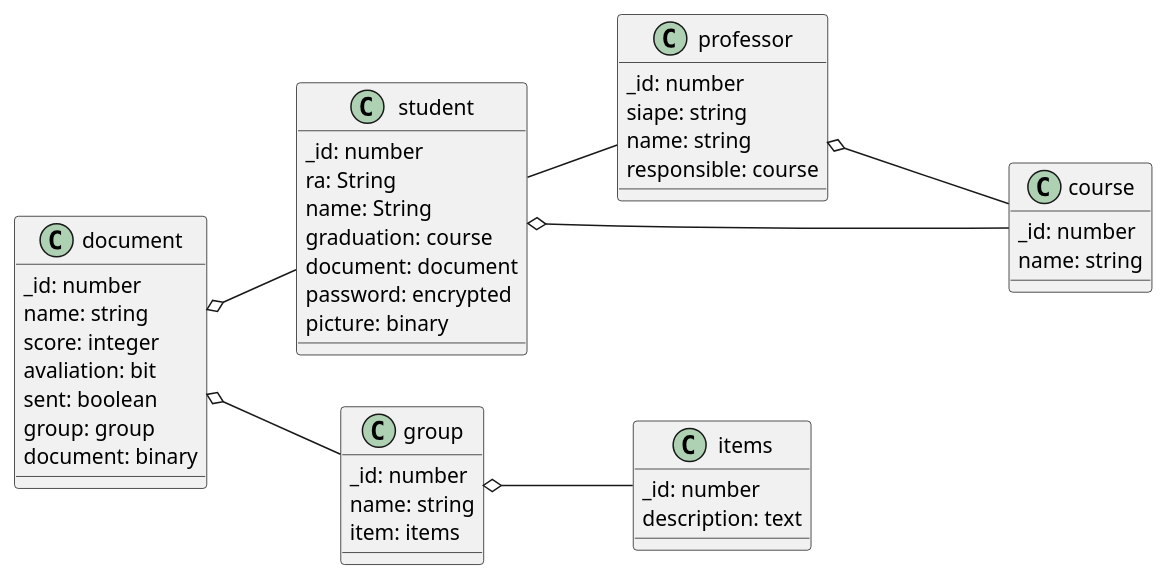
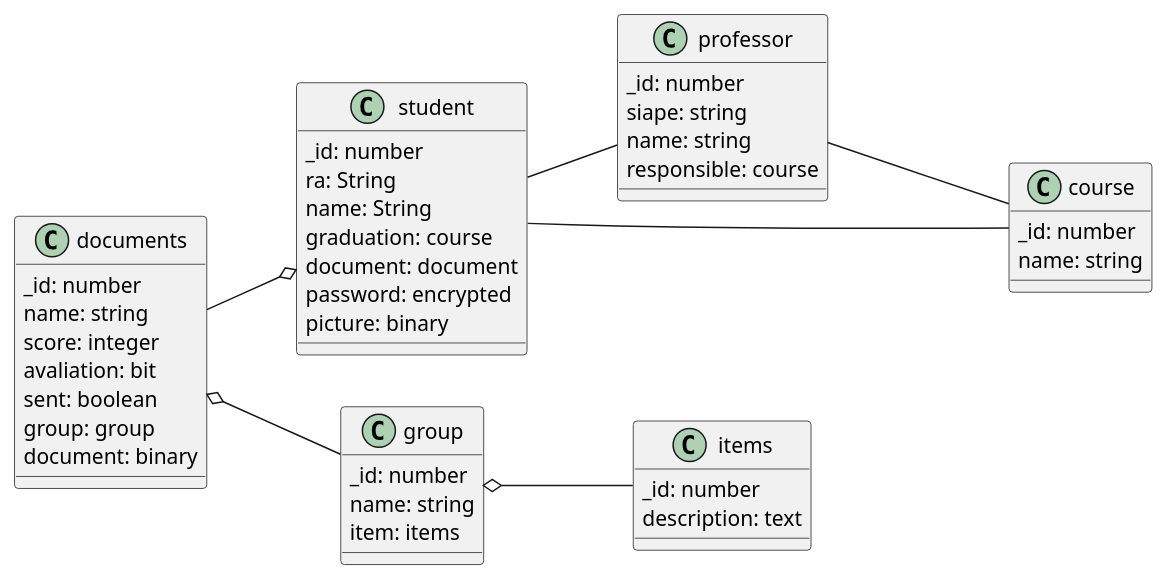
Before and after one commit to rodrigoRolim/CAdiagrams: the diagram in database-modeling/database-modeling.wsd, drawn with PlantUML. The commit also changed 18 other files, not shown here.

Commit message:
new diagrams

```diff
--- a/database-modeling/database-modeling.wsd
+++ b/database-modeling/database-modeling.wsd
@@ -1,46 +1,46 @@
 @startuml
 left to right direction
 class student {
     _id: number
     ra: String
     name: String
     graduation: course
     document: document
     password: encrypted
     picture: binary
 }
-class document {
+class documents {
     _id: number
     name: string
     score: integer
     avaliation: bit
     sent: boolean
     group: group
     document: binary
 }
 class group {
     _id: number
     name: string
     item: items
 }
 class items {
     _id: number
     description: text 
 }
 class professor {
     _id: number
     siape: string
     name: string
     responsible: course
 }
 class course {
     _id: number
     name: string
 }
-document o-- group
+documents o-- group
 group o-- items
-document o-- student
-student o-- course
+documents --o student
+student -- course
 student -- professor
-professor o--- course 
+professor --- course 
 @enduml
```
